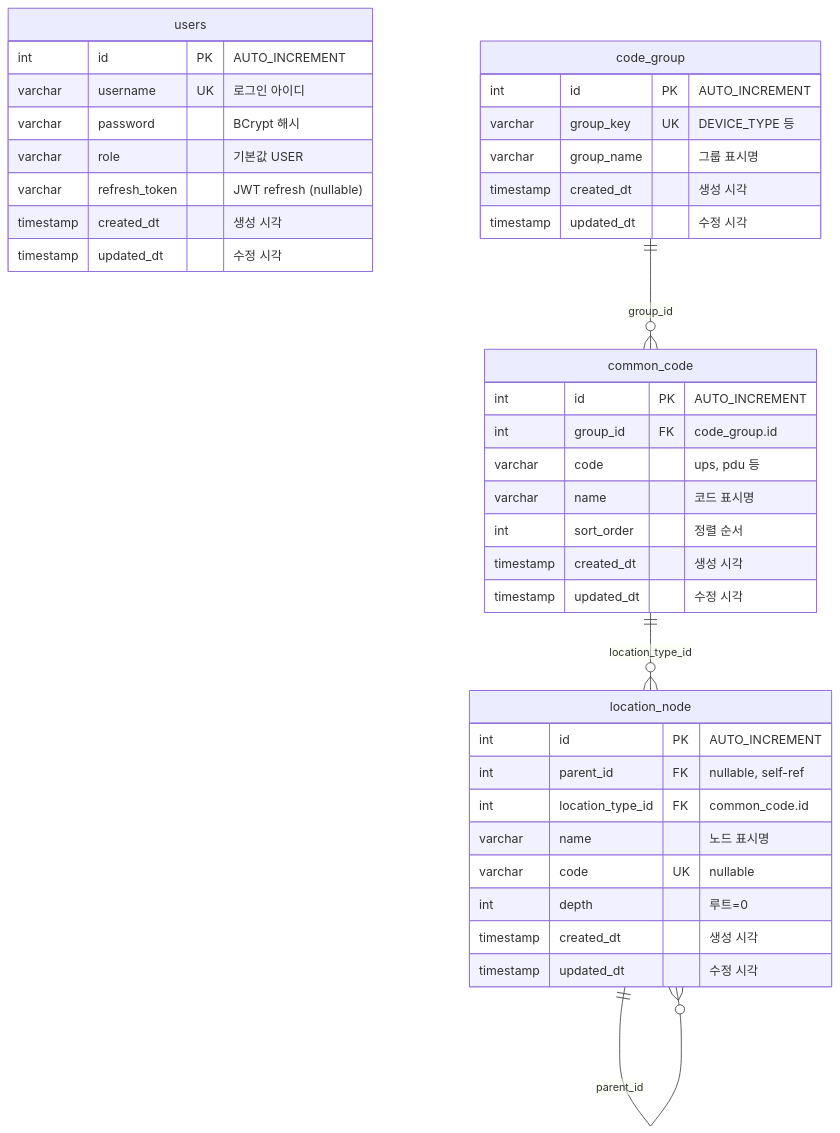
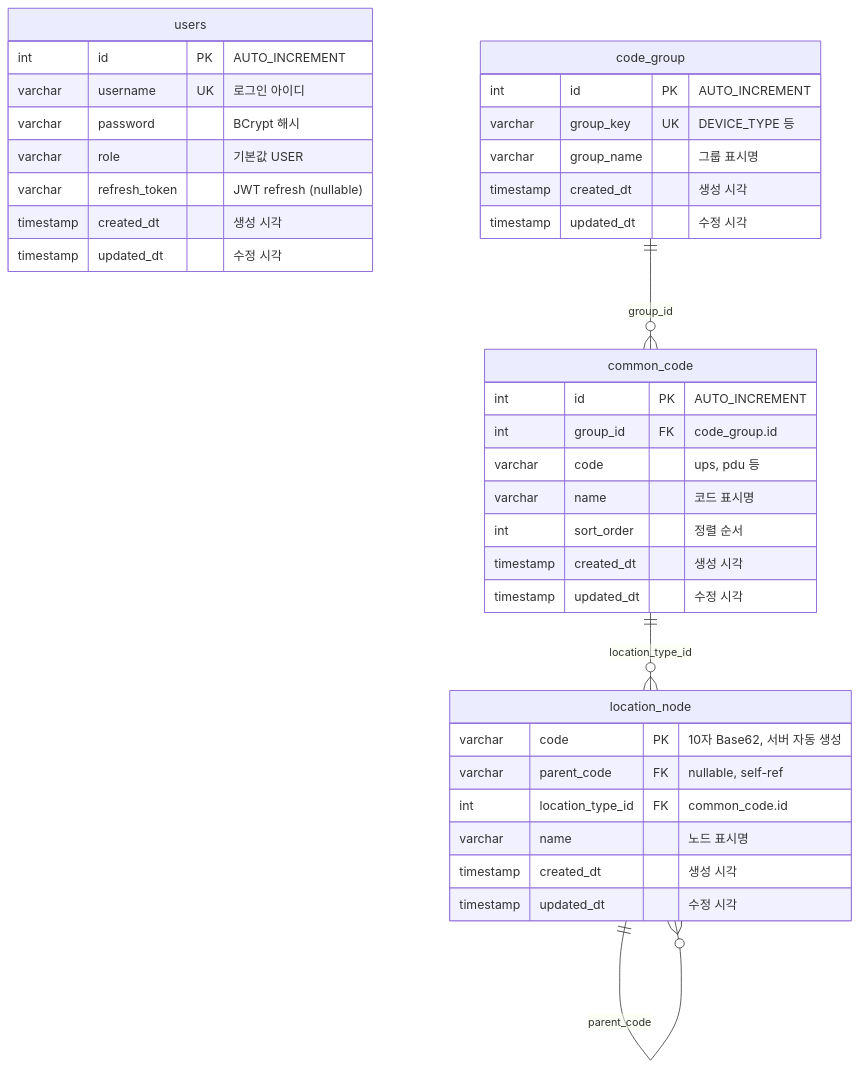
The diagram in docs/ERD.md (SHINBOGEUN/dcim), drawn with Mermaid before and after one commit. The commit also changed other lines of this file and 14 other files, not shown here.

First line of the commit message:
feat(location): code(PK) 기반 LocationNode 구조로 리팩터링

````diff
--- a/docs/ERD.md
+++ b/docs/ERD.md
@@ -14,45 +14,43 @@
 ```mermaid
 erDiagram
     users {
         int id PK "AUTO_INCREMENT"
         varchar username UK "로그인 아이디"
         varchar password "BCrypt 해시"
         varchar role "기본값 USER"
         varchar refresh_token "JWT refresh (nullable)"
         timestamp created_dt "생성 시각"
         timestamp updated_dt "수정 시각"
     }
 
     code_group {
         int id PK "AUTO_INCREMENT"
         varchar group_key UK "DEVICE_TYPE 등"
         varchar group_name "그룹 표시명"
         timestamp created_dt "생성 시각"
         timestamp updated_dt "수정 시각"
     }
 
     common_code {
         int id PK "AUTO_INCREMENT"
         int group_id FK "code_group.id"
         varchar code "ups, pdu 등"
         varchar name "코드 표시명"
         int sort_order "정렬 순서"
         timestamp created_dt "생성 시각"
         timestamp updated_dt "수정 시각"
     }
 
     location_node {
-        int id PK "AUTO_INCREMENT"
-        int parent_id FK "nullable, self-ref"
+        varchar code PK "10자 Base62, 서버 자동 생성"
+        varchar parent_code FK "nullable, self-ref"
         int location_type_id FK "common_code.id"
         varchar name "노드 표시명"
-        varchar code UK "nullable"
-        int depth "루트=0"
         timestamp created_dt "생성 시각"
         timestamp updated_dt "수정 시각"
     }
 
     code_group ||--o{ common_code : "group_id"
     common_code ||--o{ location_node : "location_type_id"
-    location_node ||--o{ location_node : "parent_id"
+    location_node ||--o{ location_node : "parent_code"
 ```
````
